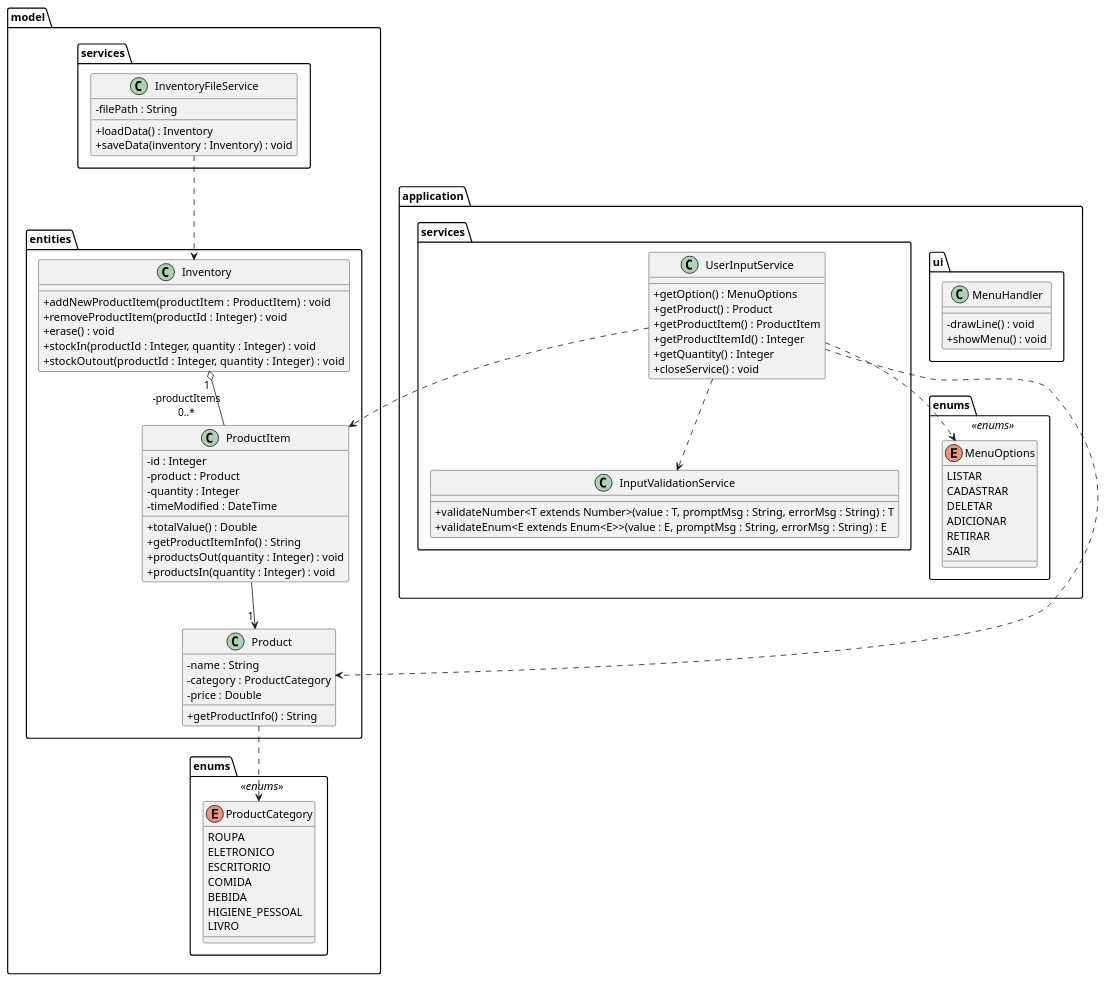
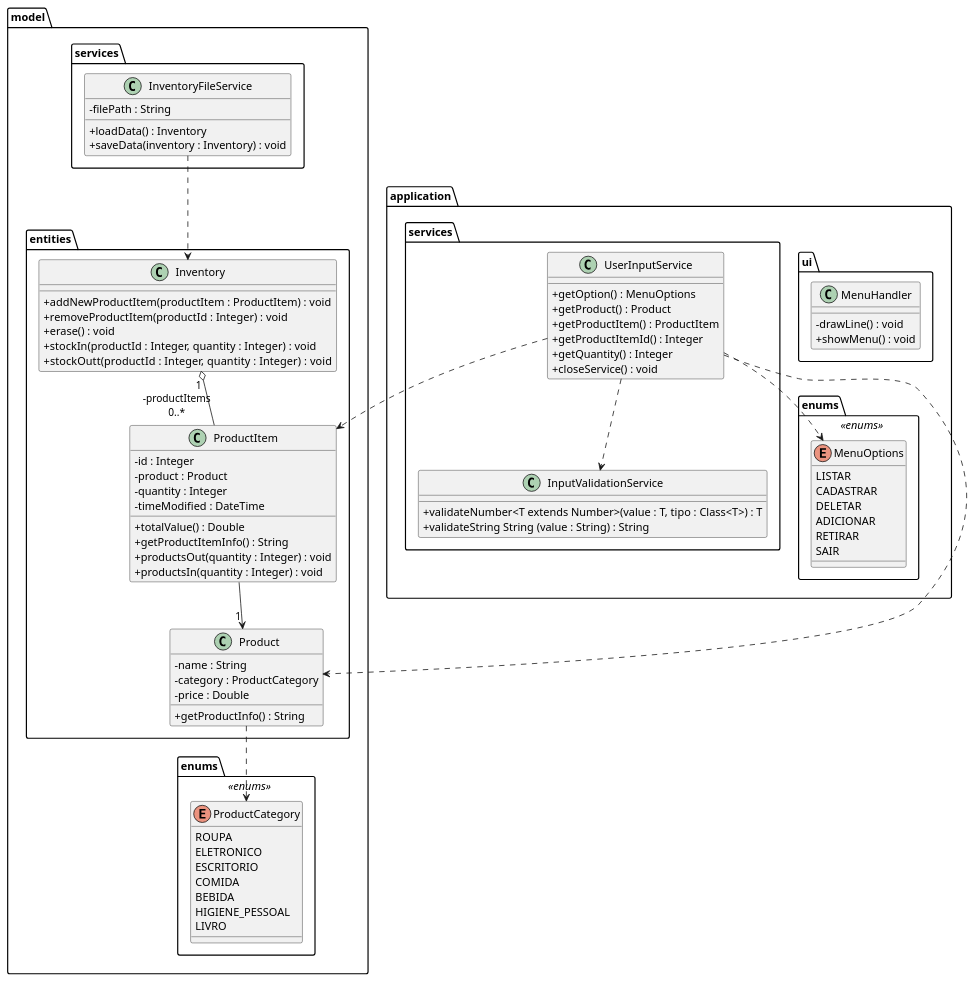
The diagram in java-crud-console-umlclass.puml (victormmcouto/java-crud-console), drawn with PlantUML before and after one commit.

Commit message:
fix: Altera o método de validação de Enum para validação de String

```diff
--- a/java-crud-console-umlclass.puml
+++ b/java-crud-console-umlclass.puml
@@ -1,90 +1,90 @@
 @startuml
 skinparam classAttributeIconSize 0
 package model {
   package entities {
     class Product {
       - name : String
       - category : ProductCategory
       - price : Double
       + getProductInfo() : String
     }
     class Inventory {
       + addNewProductItem(productItem : ProductItem) : void
       + removeProductItem(productId : Integer) : void
       + erase() : void
       + stockIn(productId : Integer, quantity : Integer) : void
-      + stockOutout(productId : Integer, quantity : Integer) :  void
+      + stockOutt(productId : Integer, quantity : Integer) :  void
     }
     class ProductItem {
       - id : Integer
       - product : Product
       - quantity : Integer
       - timeModified : DateTime
       + totalValue() : Double
       + getProductItemInfo() : String
       + productsOut(quantity : Integer) : void
       + productsIn(quantity : Integer) : void
     }
   }
   package services {
       class InventoryFileService {
       - filePath : String
       + loadData() : Inventory
       + saveData(inventory : Inventory) : void
     }
   }
   package enums <<enums>> {
     enum ProductCategory {
       ROUPA
       ELETRONICO
       ESCRITORIO
       COMIDA
       BEBIDA
       HIGIENE_PESSOAL
       LIVRO
     }
   }
 }
 
 package application {
   package application.ui {
     class MenuHandler {
     - drawLine() : void
     + showMenu() : void
     }
   }
   package enums <<enums>> {
     enum MenuOptions {
       LISTAR
       CADASTRAR
       DELETAR
       ADICIONAR
       RETIRAR
       SAIR
     }
   }
   package services {
     class UserInputService {
       + getOption() : MenuOptions
       + getProduct() : Product
       + getProductItem() : ProductItem
       + getProductItemId() : Integer
       + getQuantity() : Integer
       + closeService() : void
     }
     class InputValidationService {
-      + validateNumber<T extends Number>(value : T, promptMsg : String, errorMsg : String) : T
-      + validateEnum<E extends Enum<E>>(value : E, promptMsg : String, errorMsg : String) : E
+      + validateNumber<T extends Number>(value : T, tipo : Class<T>) : T
+      + validateString String (value : String) : String
     }
   }
 }
 
 ProductItem --> "\t1" Product
 Inventory "\t1" o-- "-productItems\n0..*" ProductItem
 InventoryFileService ..> Inventory
 Product ..> ProductCategory
 UserInputService ..> MenuOptions
 UserInputService ..> Product
 UserInputService ..> ProductItem
 UserInputService ..> InputValidationService
 @enduml
```
